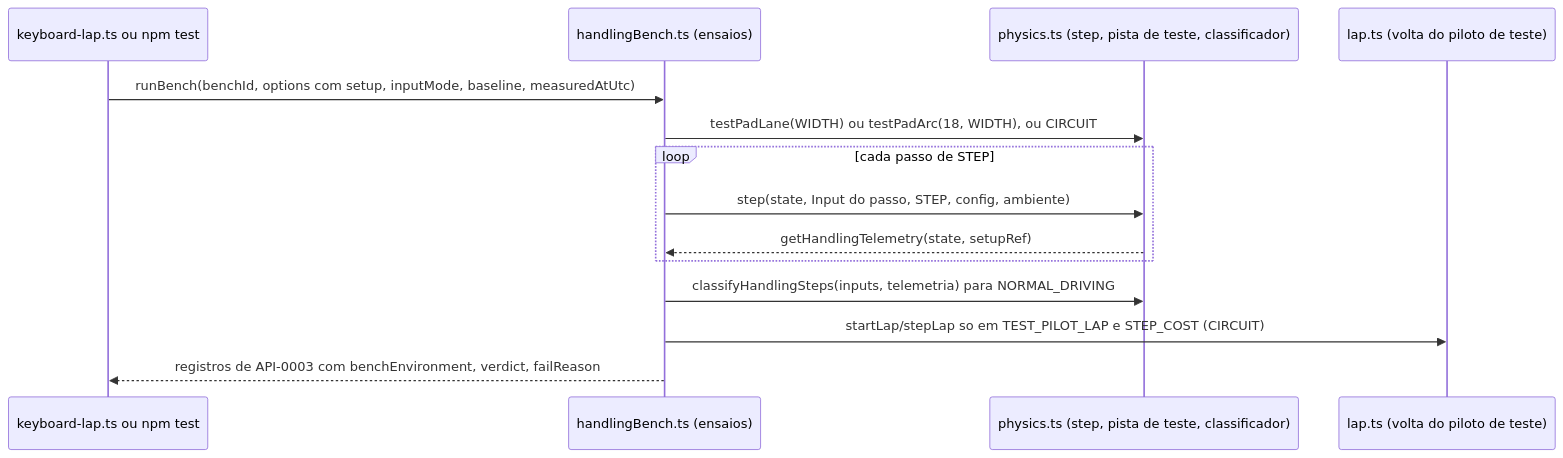
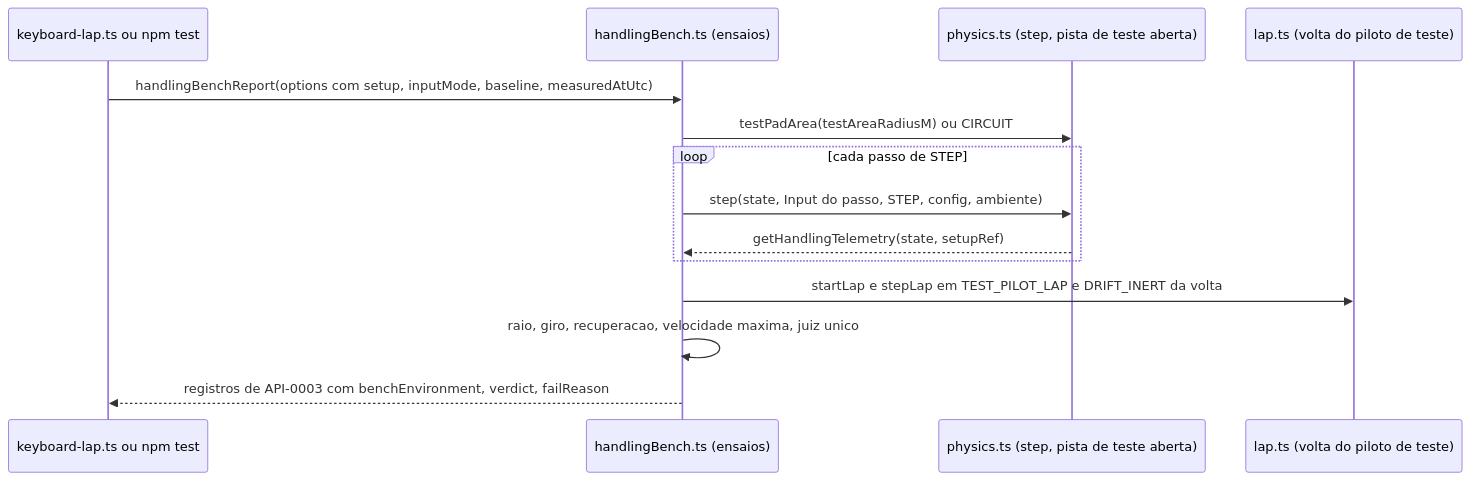
The second of 2 diagrams in 300 Specs/330 D-Specs/Output/dirigibilidade/01-architecture.md (edumatosr6-svg/kartle-staging), drawn with Mermaid before and after one commit. The commit also changed other lines of this file and 25 other files, not shown here.

Commit message:
dirigibilidade: D-Spec revalidado (acerto arcade-assistido-v6, ensaios na pista aberta, retirada do drift e do turbo)

````diff
--- a/300 Specs/330 D-Specs/Output/dirigibilidade/01-architecture.md
+++ b/300 Specs/330 D-Specs/Output/dirigibilidade/01-architecture.md
@@ -183,16 +160,16 @@
 ```mermaid
 sequenceDiagram
     participant B as keyboard-lap.ts ou npm test
     participant H as handlingBench.ts (ensaios)
-    participant P as physics.ts (step, pista de teste, classificador)
+    participant P as physics.ts (step, pista de teste aberta)
     participant L as lap.ts (volta do piloto de teste)
-    B->>H: runBench(benchId, options com setup, inputMode, baseline, measuredAtUtc)
-    H->>P: testPadLane(WIDTH) ou testPadArc(18, WIDTH), ou CIRCUIT
+    B->>H: handlingBenchReport(options com setup, inputMode, baseline, measuredAtUtc)
+    H->>P: testPadArea(testAreaRadiusM) ou CIRCUIT
     loop cada passo de STEP
         H->>P: step(state, Input do passo, STEP, config, ambiente)
         P-->>H: getHandlingTelemetry(state, setupRef)
     end
-    H->>P: classifyHandlingSteps(inputs, telemetria) para NORMAL_DRIVING
-    H->>L: startLap/stepLap so em TEST_PILOT_LAP e STEP_COST (CIRCUIT)
+    H->>L: startLap e stepLap em TEST_PILOT_LAP e DRIFT_INERT da volta
+    H->>H: raio, giro, recuperacao, velocidade maxima, juiz unico
     H-->>B: registros de API-0003 com benchEnvironment, verdict, failReason
 ```
````
